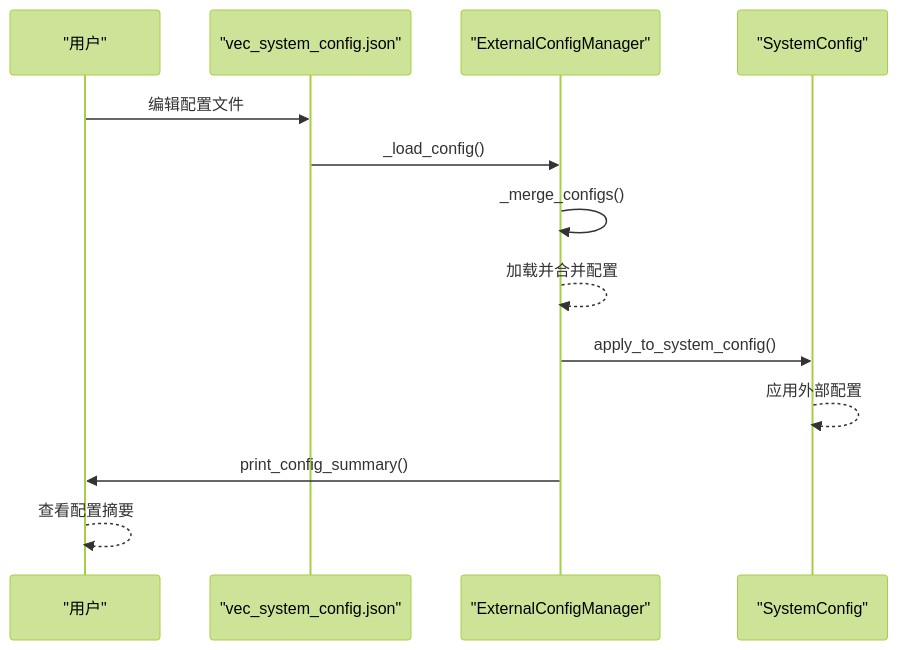
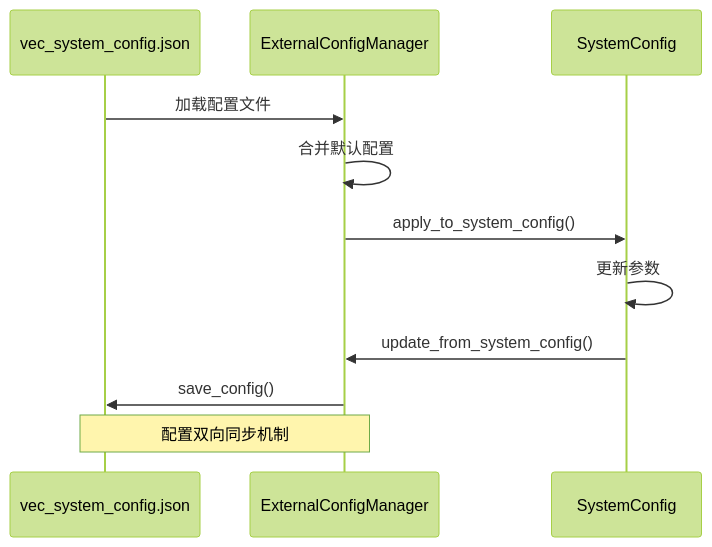
Before and after one commit to WeiY11/VEC_mig_caching: the fourth of 4 diagrams in .qoder/repowiki/zh/content/配置管理/配置管理.md, drawn with Mermaid (forest theme). The commit also changed other lines of this file and 95 other files, not shown here.

Commit message:
更新训练结果保存功能，支持生成HTML报告和对比图表，提升报告的可读性和实用性。同时，增强`run_td3_vehicle_sweep.py`以支持更多车辆选项和实验时长，清理冗余代码以优化项目结构。

````diff
--- a/.qoder/repowiki/zh/content/配置管理/配置管理.md
+++ b/.qoder/repowiki/zh/content/配置管理/配置管理.md
@@ -126,15 +147,13 @@
 ```mermaid
 sequenceDiagram
-participant User as "用户"
-participant JSON as "vec_system_config.json"
-participant External as "ExternalConfigManager"
-participant System as "SystemConfig"
-User->>JSON : 编辑配置文件
-JSON->>External : _load_config()
-External->>External : _merge_configs()
-External-->>External : 加载并合并配置
-External->>System : apply_to_system_config()
-System-->>System : 应用外部配置
-External->>User : print_config_summary()
-User-->>User : 查看配置摘要
+participant JSON as vec_system_config.json
+participant Manager as ExternalConfigManager
+participant System as SystemConfig
+JSON->>Manager : 加载配置文件
+Manager->>Manager : 合并默认配置
+Manager->>System : apply_to_system_config()
+System->>System : 更新参数
+System->>Manager : update_from_system_config()
+Manager->>JSON : save_config()
+Note over Manager,JSON : 配置双向同步机制
 ```
````
